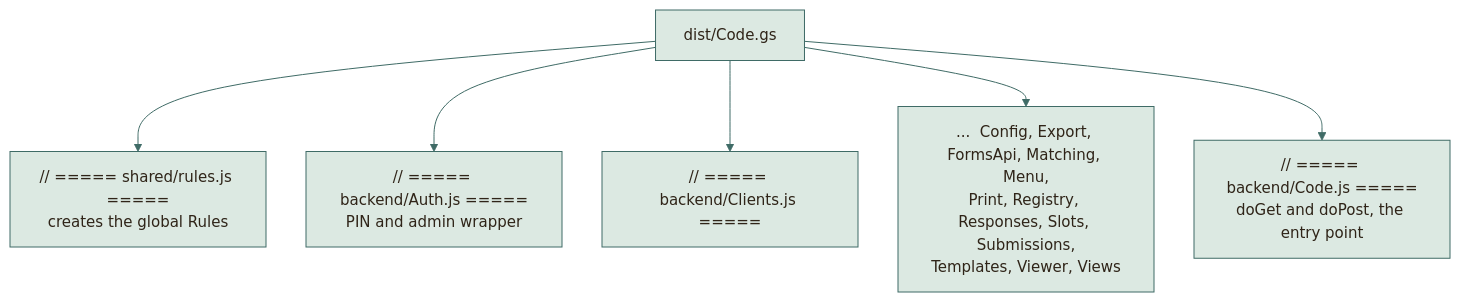
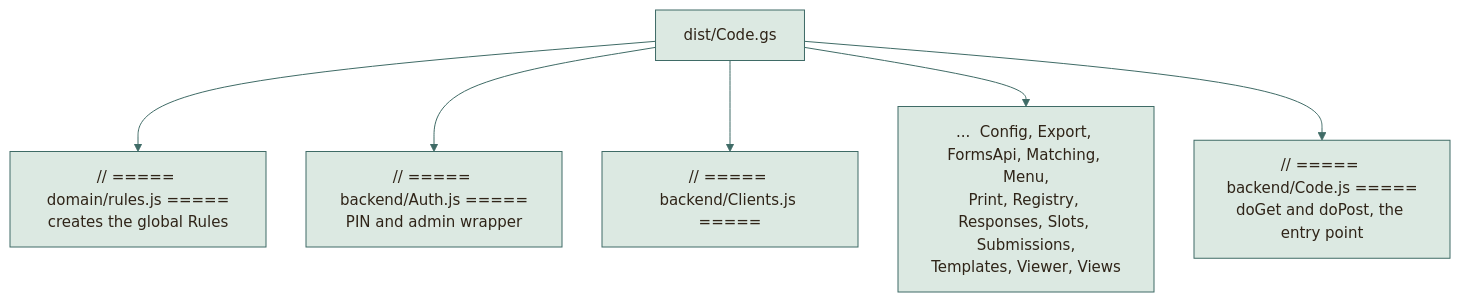
The third of 4 diagrams in docs/architecture/BUILD-PIPELINE.md (moyeh04/forms-platform), drawn with Mermaid before and after one commit. The commit also changed other lines of this file and 69 other files, not shown here.

````diff
--- a/docs/architecture/BUILD-PIPELINE.md
+++ b/docs/architecture/BUILD-PIPELINE.md
@@ -178,36 +178,36 @@
 ```mermaid
 %%{init: {
   'theme': 'base',
   'themeVariables': {
     'fontFamily': 'ui-sans-serif, system-ui, -apple-system, Segoe UI, Roboto, sans-serif',
     'fontSize': '15px',
     'primaryColor': '#DCE9E2', 'primaryBorderColor': '#3F6B66', 'primaryTextColor': '#2F2418',
     'secondaryColor': '#F0E4C8', 'secondaryBorderColor': '#C9A24A', 'secondaryTextColor': '#2F2418',
     'tertiaryColor': '#F6EFDC', 'tertiaryBorderColor': '#CDBB94', 'tertiaryTextColor': '#2F2418',
     'lineColor': '#3F6B66', 'textColor': '#2F2418', 'mainBkg': '#DCE9E2', 'nodeBorder': '#3F6B66',
     'clusterBkg': '#F6EFDC', 'clusterBorder': '#CDBB94', 'titleColor': '#2F2418',
     'edgeLabelBackground': '#F8F1DD',
     'actorBkg': '#DCE9E2', 'actorBorder': '#3F6B66', 'actorTextColor': '#2F2418', 'actorLineColor': '#8FB3AB',
     'signalColor': '#477A73', 'signalTextColor': '#477A73',
     'labelBoxBkgColor': '#F0E4C8', 'labelBoxBorderColor': '#C9A24A', 'labelTextColor': '#2F2418', 'loopTextColor': '#6A5A44',
     'noteBkgColor': '#FBEFC9', 'noteBorderColor': '#C9A24A', 'noteTextColor': '#2F2418',
     'activationBkgColor': '#DCE9E2', 'activationBorderColor': '#3F6B66', 'sequenceNumberColor': '#F8F1DD',
     'transitionColor': '#3F6B66', 'stateLabelColor': '#2F2418', 'stateBkg': '#DCE9E2', 'altBackground': '#F6EFDC',
     'attributeBackgroundColorOdd': '#F8F1DD', 'attributeBackgroundColorEven': '#F0E4C8'
   },
   'flowchart': {'curve': 'basis', 'padding': 14, 'nodeSpacing': 40, 'rankSpacing': 46},
   'sequence': {'mirrorActors': false, 'messageMargin': 34, 'boxMargin': 8}
 }}%%
 flowchart TD
-    A["dist/Code.gs"] --> B["// ===== shared/rules.js =====<br/>creates the global Rules"]
+    A["dist/Code.gs"] --> B["// ===== domain/rules.js =====<br/>creates the global Rules"]
     A --> C["// ===== backend/Auth.js =====<br/>PIN and admin wrapper"]
     A --> D["// ===== backend/Clients.js ====="]
     A --> E["...  Config, Export, FormsApi, Matching, Menu,<br/>Print, Registry, Responses, Slots, Submissions,<br/>Templates, Viewer, Views"]
     A --> F["// ===== backend/Code.js =====<br/>doGet and doPost, the entry point"]
     classDef cDb fill:#F3E2B3,stroke:#B8892D,stroke-width:1.5px,color:#2F2418
     classDef cActor fill:#F4D9D3,stroke:#9A3328,stroke-width:1.5px,color:#2F2418
     classDef cDec fill:#FBEFC9,stroke:#C9A24A,stroke-width:1.5px,color:#2F2418
     classDef cEnd fill:#2F2418,stroke:#2F2418,color:#F8F1DD
     classDef cErr fill:#F6D5CF,stroke:#A12B1F,stroke-width:1.5px,color:#5A140C
     classDef cOk fill:#BFD9CF,stroke:#2E5A55,stroke-width:1.5px,color:#17302D
 ```
````
